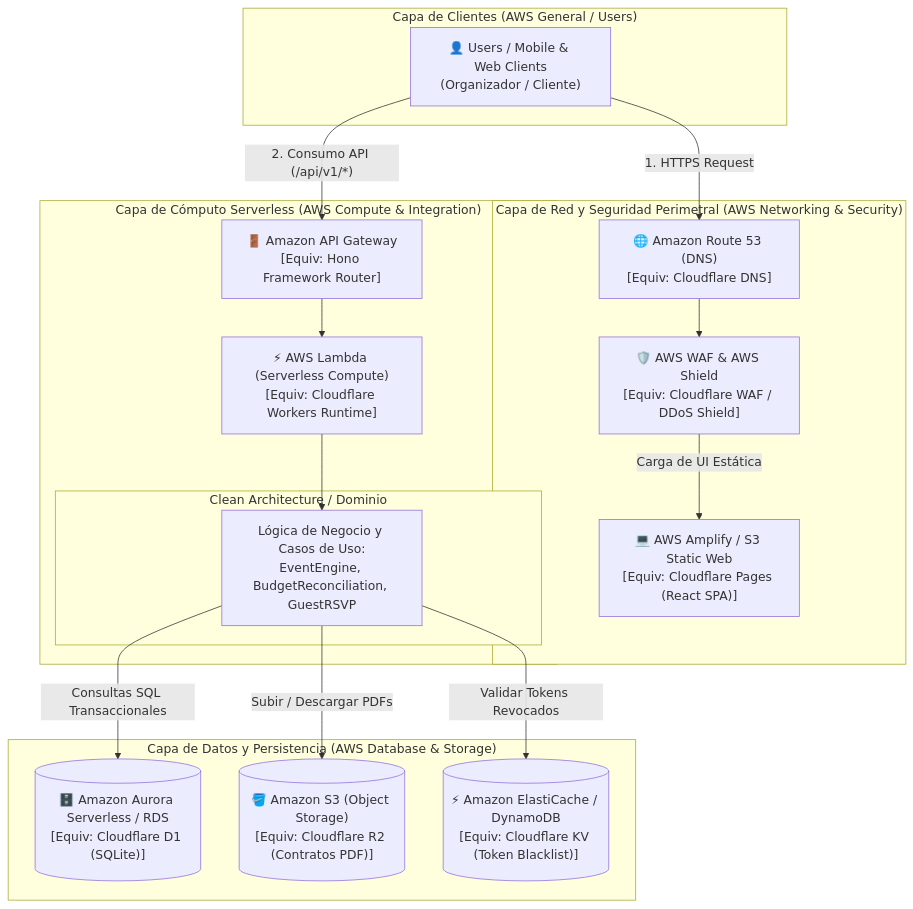
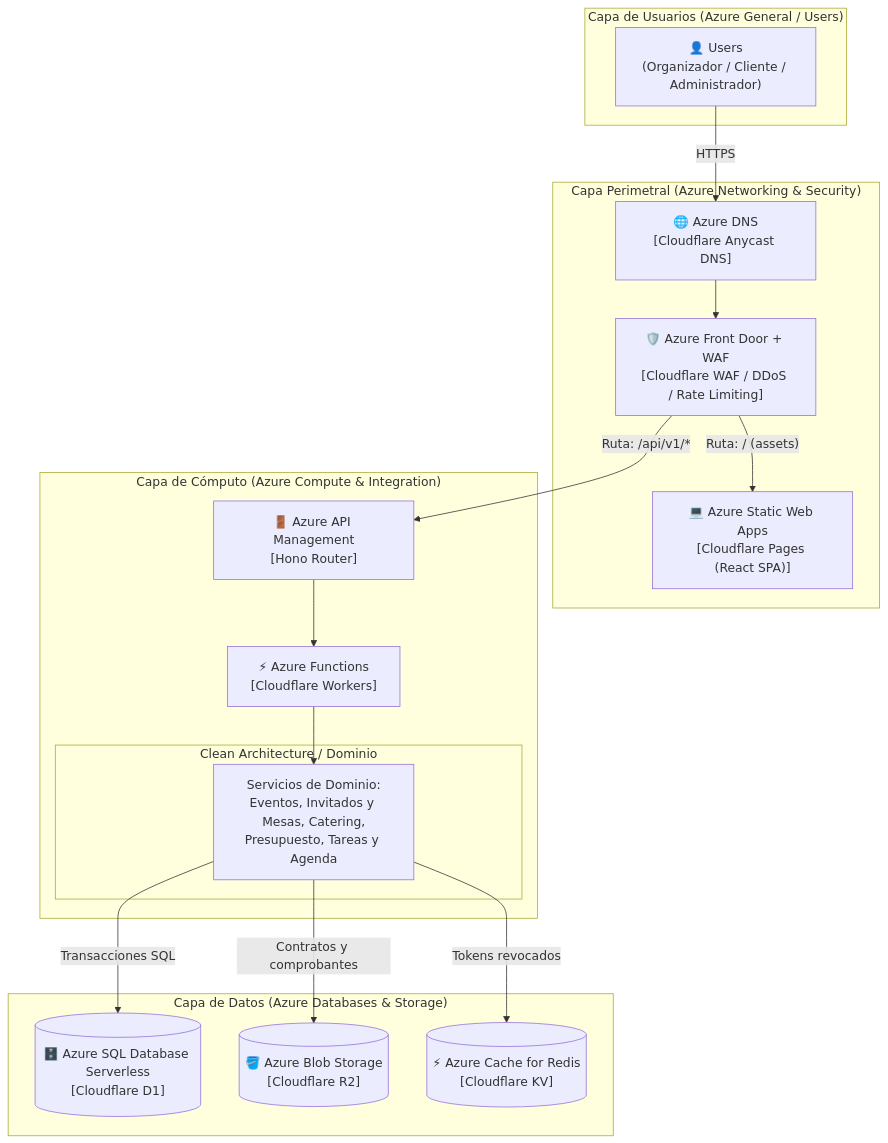
The third of 3 diagrams in docs/architecture.md (Federico2003/GestionEventos), drawn with Mermaid before and after one commit. The commit also changed other lines of this file and 13 other files, not shown here.

````diff
--- a/docs/architecture.md
+++ b/docs/architecture.md
@@ -334,39 +358,36 @@
 ```mermaid
 flowchart TD
-    subgraph UsersTier["Capa de Clientes (AWS General / Users)"]
-        UserIcon["👤 Users / Mobile & Web Clients\n(Organizador / Cliente)"]
+    subgraph AzUsers["Capa de Usuarios (Azure General / Users)"]
+        AzUser["👤 Users\n(Organizador / Cliente / Administrador)"]
     end
 
-    subgraph EdgePerimeter["Capa de Red y Seguridad Perimetral (AWS Networking & Security)"]
-        Route53["🌐 Amazon Route 53 (DNS)\n[Equiv: Cloudflare DNS]"]
-        WAF["🛡️ AWS WAF & AWS Shield\n[Equiv: Cloudflare WAF / DDoS Shield]"]
-        AmplifyFrontend["💻 AWS Amplify / S3 Static Web\n[Equiv: Cloudflare Pages (React SPA)]"]
+    subgraph AzPerimeter["Capa Perimetral (Azure Networking & Security)"]
+        AzDNS["🌐 Azure DNS\n[Cloudflare Anycast DNS]"]
+        AzFrontDoor["🛡️ Azure Front Door + WAF\n[Cloudflare WAF / DDoS / Rate Limiting]"]
+        AzStatic["💻 Azure Static Web Apps\n[Cloudflare Pages (React SPA)]"]
     end
 
-    subgraph ServerlessCompute["Capa de Cómputo Serverless (AWS Compute & Integration)"]
-        APIGateway["🚪 Amazon API Gateway\n[Equiv: Hono Framework Router]"]
-        LambdaCompute["⚡ AWS Lambda (Serverless Compute)\n[Equiv: Cloudflare Workers Runtime]"]
-        
-        subgraph CleanArchInside["Clean Architecture / Dominio"]
-            DomainLogic["Lógica de Negocio y Casos de Uso:\nEventEngine, BudgetReconciliation, GuestRSVP"]
+    subgraph AzCompute["Capa de Cómputo (Azure Compute & Integration)"]
+        AzAPIM["🚪 Azure API Management\n[Hono Router]"]
+        AzFunc["⚡ Azure Functions\n[Cloudflare Workers]"]
+        subgraph AzDomain["Clean Architecture / Dominio"]
+            AzLogic["Servicios de Dominio:\nEventos, Invitados y Mesas, Catering,\nPresupuesto, Tareas y Agenda"]
         end
     end
 
-    subgraph StorageTier["Capa de Datos y Persistencia (AWS Database & Storage)"]
-        AuroraDB[("🗄️ Amazon Aurora Serverless / RDS\n[Equiv: Cloudflare D1 (SQLite)]")]
-        S3Storage[("🪣 Amazon S3 (Object Storage)\n[Equiv: Cloudflare R2 (Contratos PDF)]")]
-        ElastiCacheKV[("⚡ Amazon ElastiCache / DynamoDB\n[Equiv: Cloudflare KV (Token Blacklist)]")]
+    subgraph AzData["Capa de Datos (Azure Databases & Storage)"]
+        AzSQL[("🗄️ Azure SQL Database Serverless\n[Cloudflare D1]")]
+        AzBlob[("🪣 Azure Blob Storage\n[Cloudflare R2]")]
+        AzRedis[("⚡ Azure Cache for Redis\n[Cloudflare KV]")]
     end
 
-    %% Conexiones
-    UserIcon -->|"1. HTTPS Request"| Route53
-    Route53 --> WAF
-    WAF -->|"Carga de UI Estática"| AmplifyFrontend
-    UserIcon -->|"2. Consumo API (/api/v1/*)"| APIGateway
-    APIGateway --> LambdaCompute
-    LambdaCompute --> DomainLogic
-    
-    DomainLogic -->|"Consultas SQL Transaccionales"| AuroraDB
-    DomainLogic -->|"Subir / Descargar PDFs"| S3Storage
-    DomainLogic -->|"Validar Tokens Revocados"| ElastiCacheKV
+    AzUser -->|"HTTPS"| AzDNS
+    AzDNS --> AzFrontDoor
+    AzFrontDoor -->|"Ruta: / (assets)"| AzStatic
+    AzFrontDoor -->|"Ruta: /api/v1/*"| AzAPIM
+    AzAPIM --> AzFunc
+    AzFunc --> AzLogic
+    AzLogic -->|"Transacciones SQL"| AzSQL
+    AzLogic -->|"Contratos y comprobantes"| AzBlob
+    AzLogic -->|"Tokens revocados"| AzRedis
 ```
````
